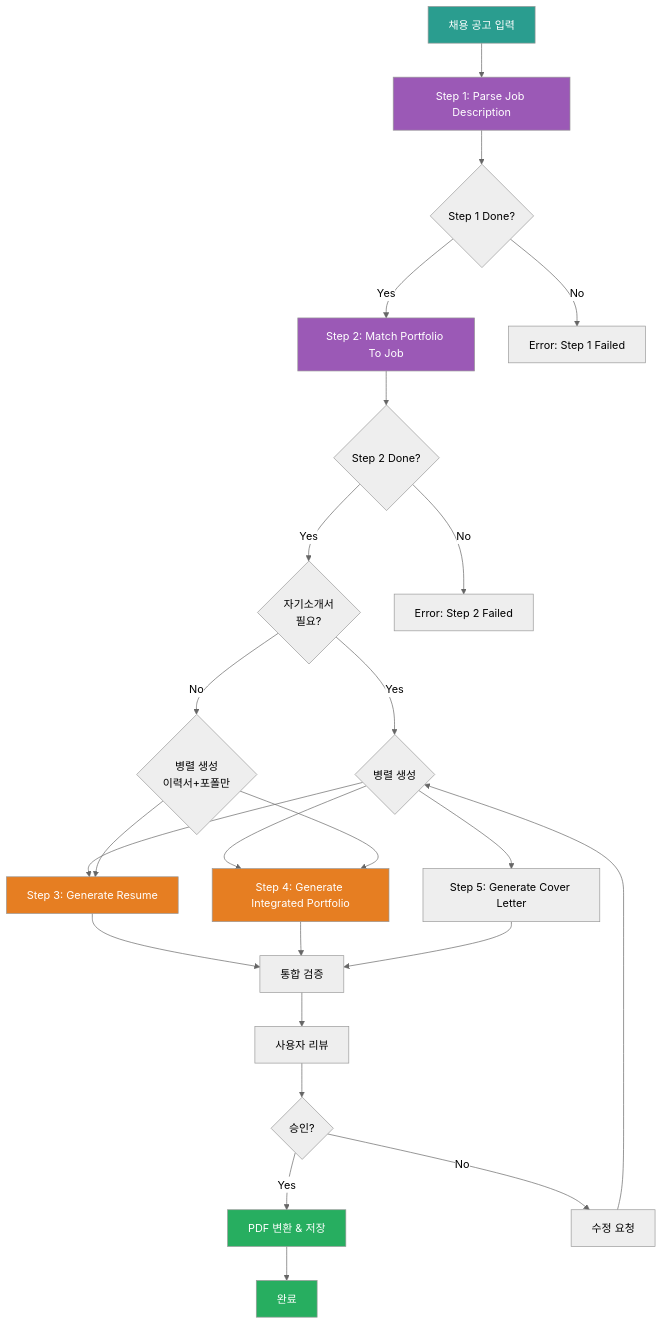
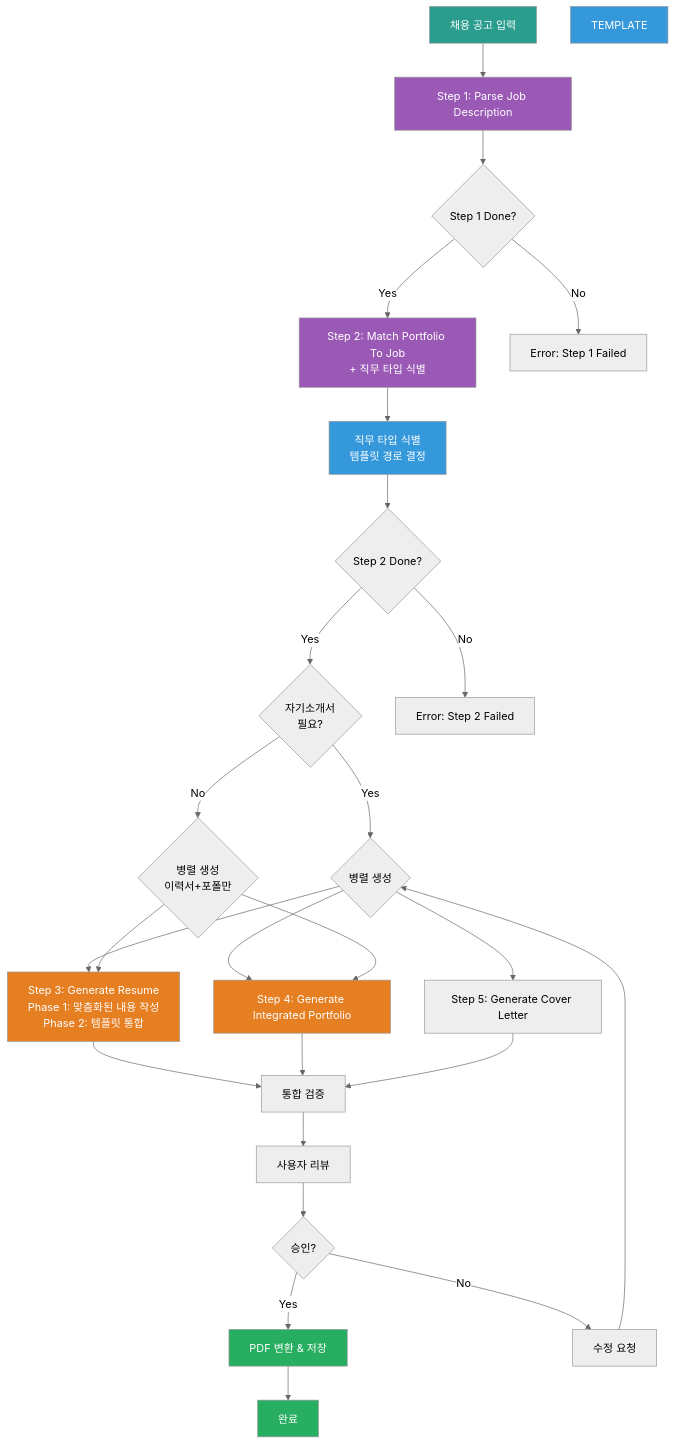
Before and after one commit to moobaek/Testing_AI_agents_for_public_use: the diagram in portfolio/portfolio_docs/resume_generator/prompts/Resume_Generator_Chain_Prompt.md, drawn with Mermaid (neutral theme). The commit also changed other lines of this file and 73 other files, not shown here.

First line of the commit message:
Phase 12 최종 검증 완료 및 portfolio 업데이트

````diff
--- a/portfolio/portfolio_docs/resume_generator/prompts/Resume_Generator_Chain_Prompt.md
+++ b/portfolio/portfolio_docs/resume_generator/prompts/Resume_Generator_Chain_Prompt.md
@@ -14,41 +14,44 @@
 ```mermaid
 graph TD
     START[채용 공고 입력] --> STEP1[Step 1: Parse Job Description]
     STEP1 --> CHECK1{Step 1 Done?}
-    CHECK1 -->|Yes| STEP2[Step 2: Match Portfolio To Job]
+    CHECK1 -->|Yes| STEP2[Step 2: Match Portfolio To Job<br/>+ 직무 타입 식별]
     CHECK1 -->|No| ERROR1[Error: Step 1 Failed]
 
-    STEP2 --> CHECK2{Step 2 Done?}
+    STEP2 --> ROLE[직무 타입 식별<br/>템플릿 경로 결정]
+    ROLE --> CHECK2{Step 2 Done?}
     CHECK2 -->|Yes| CHECK3{자기소개서<br/>필요?}
     CHECK2 -->|No| ERROR2[Error: Step 2 Failed]
 
     CHECK3 -->|Yes| PARALLEL{병렬 생성}
     CHECK3 -->|No| PARALLEL2{병렬 생성<br/>이력서+포폴만}
 
-    PARALLEL --> STEP3A[Step 3: Generate Resume]
+    PARALLEL --> STEP3A[Step 3: Generate Resume<br/>Phase 1: 맞춤화된 내용 작성<br/>Phase 2: 템플릿 통합]
+    PARALLEL2 --> STEP3A
     PARALLEL --> STEP3B[Step 4: Generate Integrated Portfolio]
     PARALLEL --> STEP5[Step 5: Generate Cover Letter]
 
-    PARALLEL2 --> STEP3A
     PARALLEL2 --> STEP3B
 
     STEP3A --> MERGE[통합 검증]
     STEP3B --> MERGE
     STEP5 --> MERGE
 
     MERGE --> REVIEW[사용자 리뷰]
     REVIEW --> DECIDE{승인?}
     DECIDE -->|Yes| PDF[PDF 변환 & 저장]
     DECIDE -->|No| RETRY[수정 요청]
     RETRY --> PARALLEL
 
     PDF --> END[완료]
 
     style START fill:#2a9d8f,color:#fff
     style STEP1 fill:#9b59b6,color:#fff
     style STEP2 fill:#9b59b6,color:#fff
+    style ROLE fill:#3498db,color:#fff
+    style TEMPLATE fill:#3498db,color:#fff
     style STEP3A fill:#e67e22,color:#fff
     style STEP3B fill:#e67e22,color:#fff
     style PDF fill:#27ae60,color:#fff
     style END fill:#27ae60,color:#fff
 ```
````
